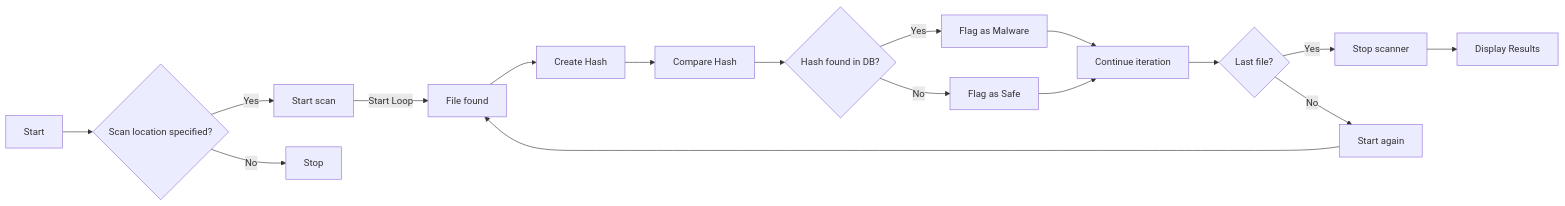
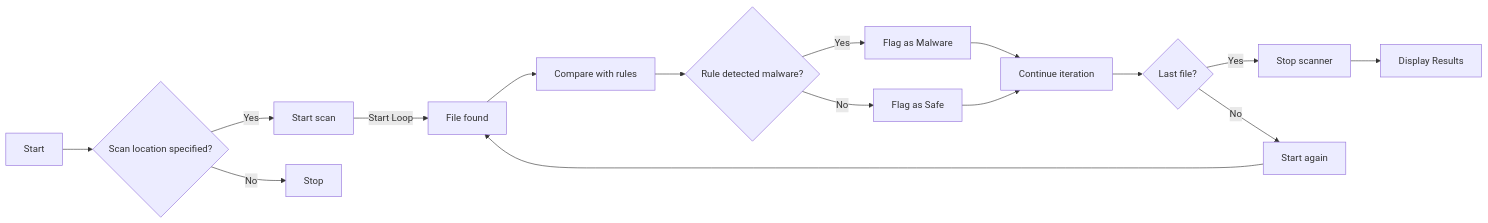
Before and after one commit to Raspirus/docs: the first of 2 diagrams in docs/en/Developers/architecture.md, drawn with Mermaid. The commit also changed other lines of this file and 8 other files, not shown here.

````diff
--- a/docs/en/Developers/architecture.md
+++ b/docs/en/Developers/architecture.md
@@ -5,18 +5,17 @@
 ``` mermaid
 graph LR
      A[Start] --> B{Scan location specified?};
      B --> |Yes| C[Start scan];
      C --> |Start Loop| D[File found];
-     D --> E[Create Hash];
-     E --> F[Compare Hash];
-     F --> G{Hash found in DB?};
-     G --> |Yes| H[Flag as Malware];
-     G --> |No| I[Flag as Safe];
-     H & I --> J[Continue iteration];
-     J --> K{Last file?};
-     K --> |Yes| L[Stop scanner];
-     L --> M[Display Results];
-     K --> |No| N[Start again];
-     N --> D;
-     B --> |No| O[Stop]
+     D --> E[Compare with rules];
+     E --> F{Rule detected malware?};
+     F --> |Yes| G[Flag as Malware];
+     F --> |No| H[Flag as Safe];
+     G & H --> I[Continue iteration];
+     I --> J{Last file?};
+     J --> |Yes| K[Stop scanner];
+     K --> L[Display Results];
+     J --> |No| M[Start again];
+     M --> D;
+     B --> |No| N[Stop]
 ```
````
